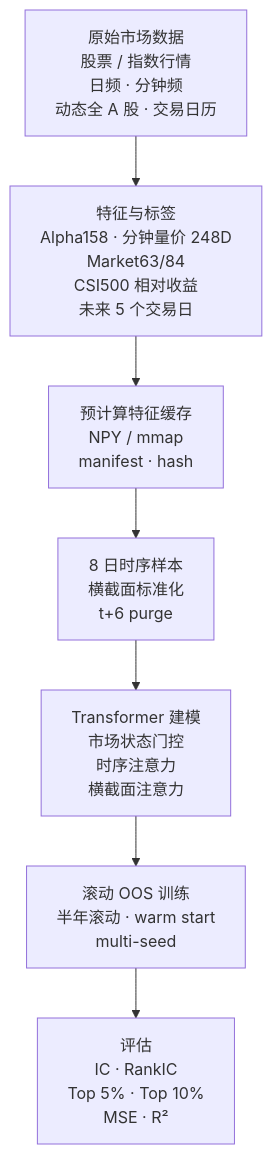
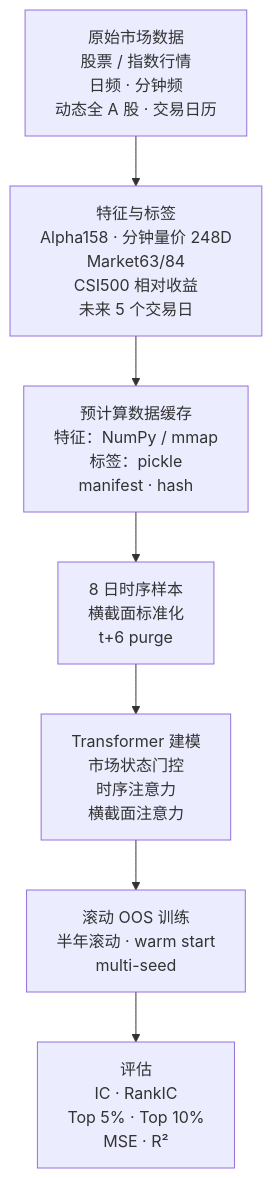
Before and after one commit to whrit/end-to-end-stock-transformer: the diagram in README.zh-CN.md, drawn with Mermaid. The commit also changed other lines of this file and 1 other file, not shown here.

````diff
--- a/README.zh-CN.md
+++ b/README.zh-CN.md
@@ -22,18 +22,18 @@
 ```mermaid
 flowchart TD
     A["原始市场数据<br/>股票 / 指数行情<br/>日频 · 分钟频<br/>动态全 A 股 · 交易日历"]
 
     B["特征与标签<br/>Alpha158 · 分钟量价 248D<br/>Market63/84<br/>CSI500 相对收益<br/>未来 5 个交易日"]
 
-    C["预计算特征缓存<br/>NPY / mmap<br/>manifest · hash"]
+    C["预计算数据缓存<br/>特征：NumPy / mmap<br/>标签：pickle<br/>manifest · hash"]
 
     D["8 日时序样本<br/>横截面标准化<br/>t+6 purge"]
 
     E["Transformer 建模<br/>市场状态门控<br/>时序注意力<br/>横截面注意力"]
 
     F["滚动 OOS 训练<br/>半年滚动 · warm start<br/>multi-seed"]
 
     G["评估<br/>IC · RankIC<br/>Top 5% · Top 10%<br/>MSE · R²"]
 
     A --> B --> C --> D --> E --> F --> G
 ```
````
